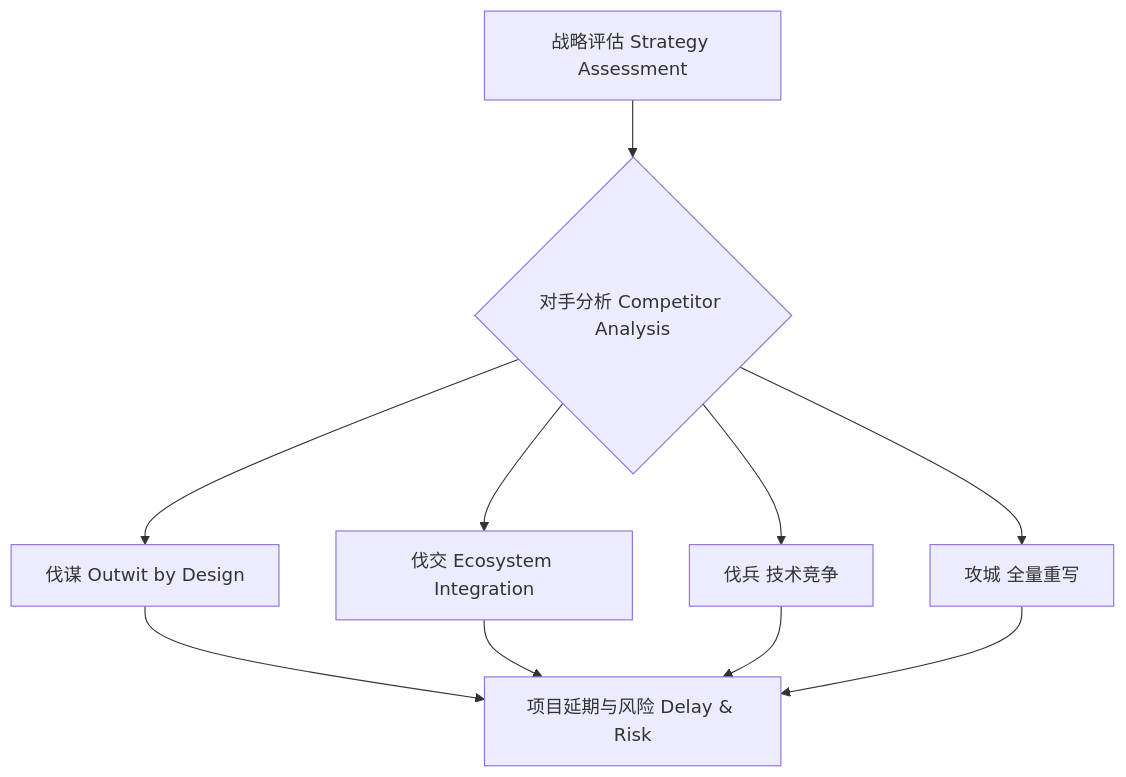
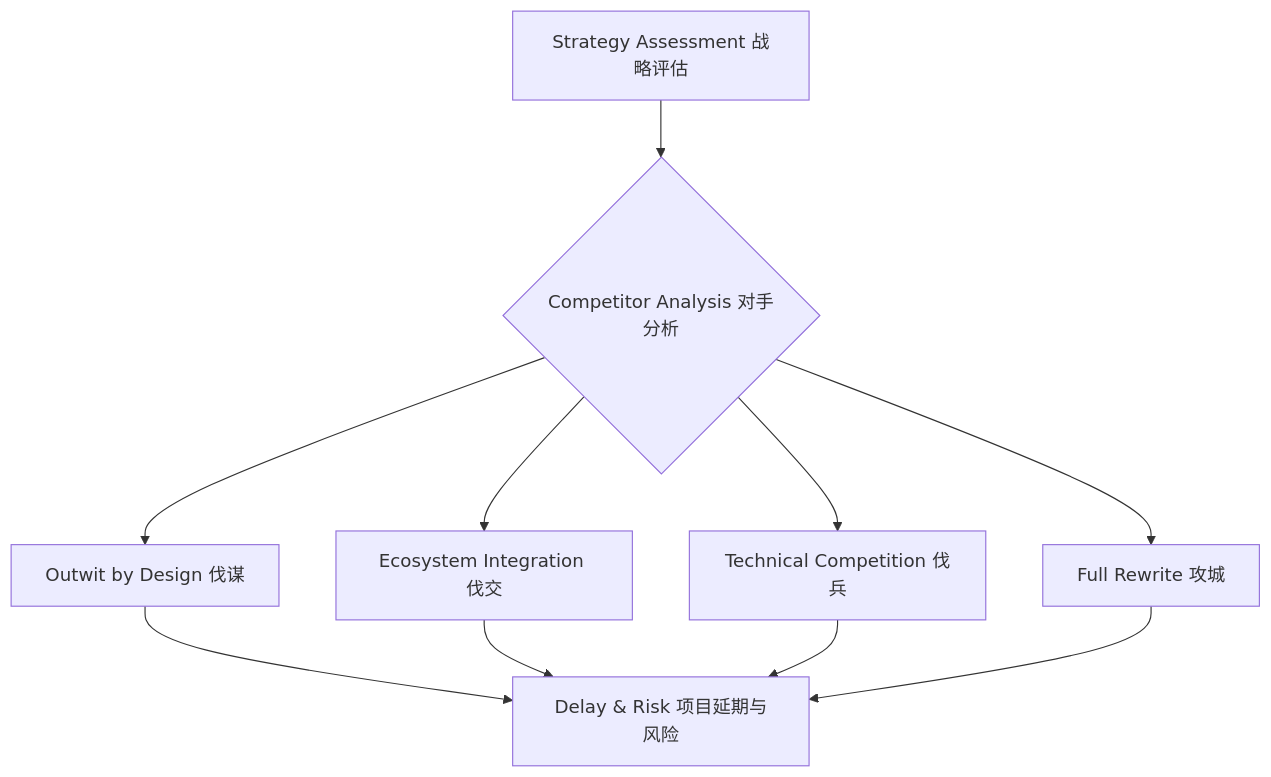
Before and after one commit to uwspstar/The-Programmer-s-Art-of-War: the diagram in 第三篇：谋攻篇 Attack by Stratagem.md, drawn with Mermaid.

Commit message:
Update 第三篇：谋攻篇 Attack by Stratagem.md

````diff
--- a/第三篇：谋攻篇 Attack by Stratagem.md
+++ b/第三篇：谋攻篇 Attack by Stratagem.md
@@ -122,13 +122,13 @@
 ```mermaid
 graph TD
-    A[战略评估 Strategy Assessment] --> B{对手分析 Competitor Analysis}
-    B --> C1[伐谋 Outwit by Design]
-    B --> C2[伐交 Ecosystem Integration]
-    B --> C3[伐兵 技术竞争]
-    B --> C4[攻城 全量重写]
+    A[Strategy Assessment 战略评估] --> B{Competitor Analysis 对手分析}
+    B --> C1[Outwit by Design 伐谋]
+    B --> C2[Ecosystem Integration 伐交]
+    B --> C3[Technical Competition 伐兵]
+    B --> C4[Full Rewrite 攻城]
 
-    C1 --> D[用户体验提升 UX Upgrade]
-    C2 --> D[平台协同 Platform Leverage]
-    C3 --> D[性能优化 Code Refactoring]
-    C4 --> D[项目延期与风险 Delay & Risk]
+    C1 --> D[UX Upgrade 用户体验提升]
+    C2 --> D[Platform Leverage 平台协同]
+    C3 --> D[Code Refactoring 性能优化]
+    C4 --> D[Delay & Risk 项目延期与风险]
 ```
````
